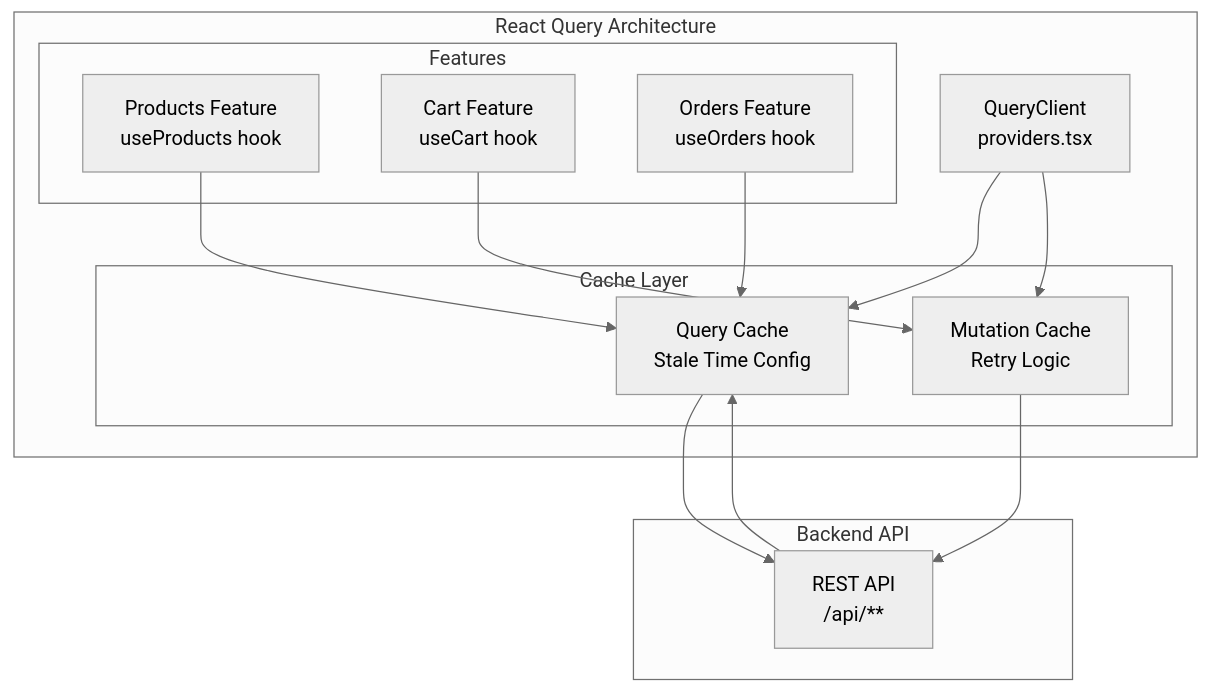
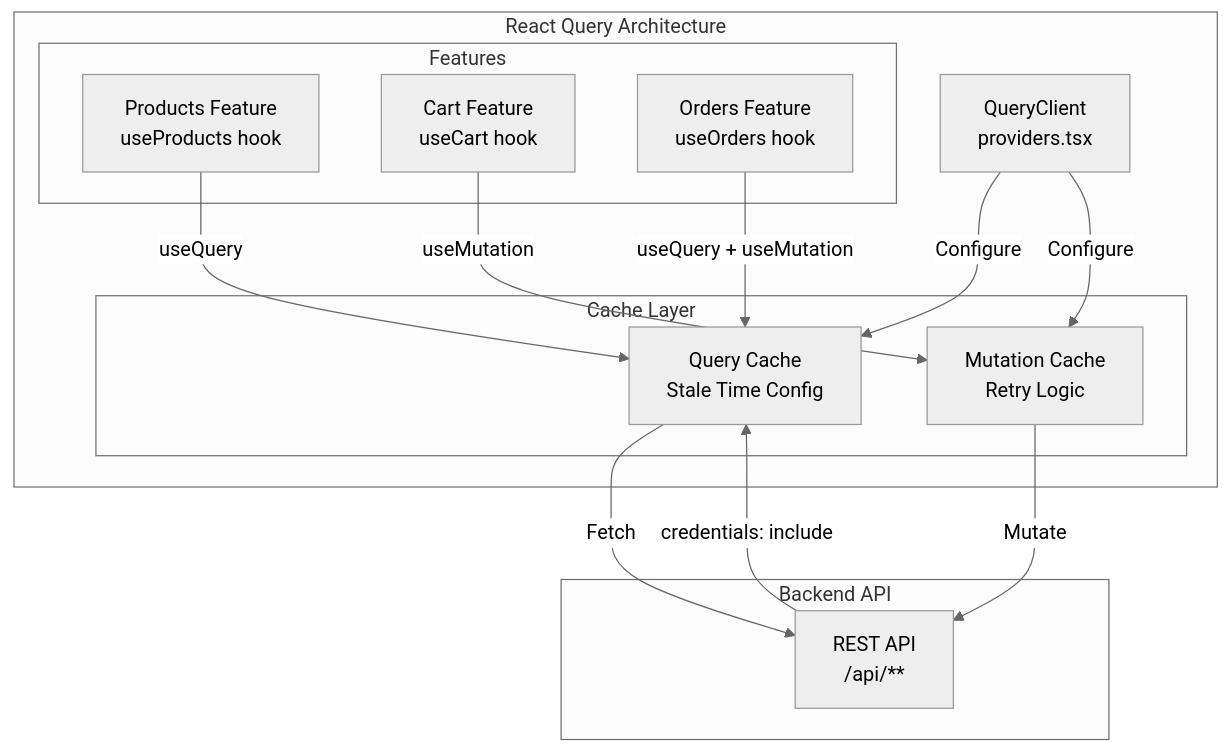
One commit to philipz/spring-modular-monolith changed the fifth of 6 diagrams in docs/deepwiki/Next.js-Frontend-Architecture.md. Above: the diagram before and after it, drawn with Mermaid (neutral theme). The commit also changed other lines of this file and 55 other files, not shown here.

````diff
--- a/docs/deepwiki/Next.js-Frontend-Architecture.md
+++ b/docs/deepwiki/Next.js-Frontend-Architecture.md
@@ -264,39 +264,39 @@
 ```mermaid
 flowchart TD
 
 QueryClient["QueryClient<br>providers.tsx"]
 Products["Products Feature<br>useProducts hook"]
 Cart["Cart Feature<br>useCart hook"]
 Orders["Orders Feature<br>useOrders hook"]
 QueryCache["Query Cache<br>Stale Time Config"]
 MutationCache["Mutation Cache<br>Retry Logic"]
 RestAPI["REST API<br>/api/**"]
 
-QueryCache --> RestAPI
-MutationCache --> RestAPI
-RestAPI --> QueryCache
+QueryCache -->|"Fetch"| RestAPI
+MutationCache -->|"Mutate"| RestAPI
+RestAPI -->|"credentials: include"| QueryCache
 
 subgraph subGraph3 ["Backend API"]
     RestAPI
 end
 
 subgraph subGraph2 ["React Query Architecture"]
     QueryClient
-    QueryClient --> QueryCache
-    QueryClient --> MutationCache
-    Products --> QueryCache
-    Cart --> MutationCache
-    Orders --> QueryCache
+    QueryClient -->|"Configure"| QueryCache
+    QueryClient -->|"Configure"| MutationCache
+    Products -->|"useQuery"| QueryCache
+    Cart -->|"useMutation"| MutationCache
+    Orders -->|"useQuery + useMutation"| QueryCache
 
 subgraph subGraph1 ["Cache Layer"]
     QueryCache
     MutationCache
 end
 
 subgraph Features ["Features"]
     Products
     Cart
     Orders
 end
 end
 ```
````
